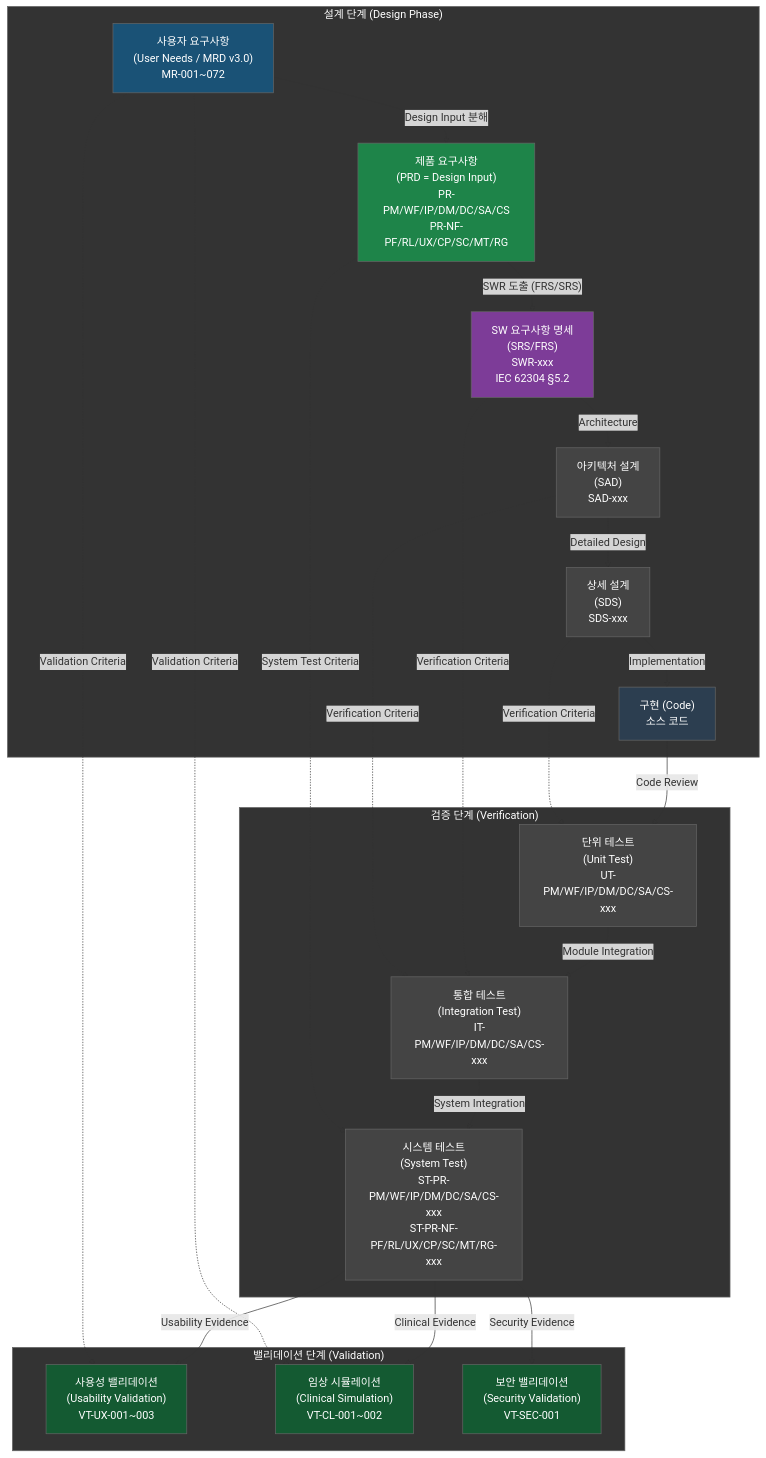
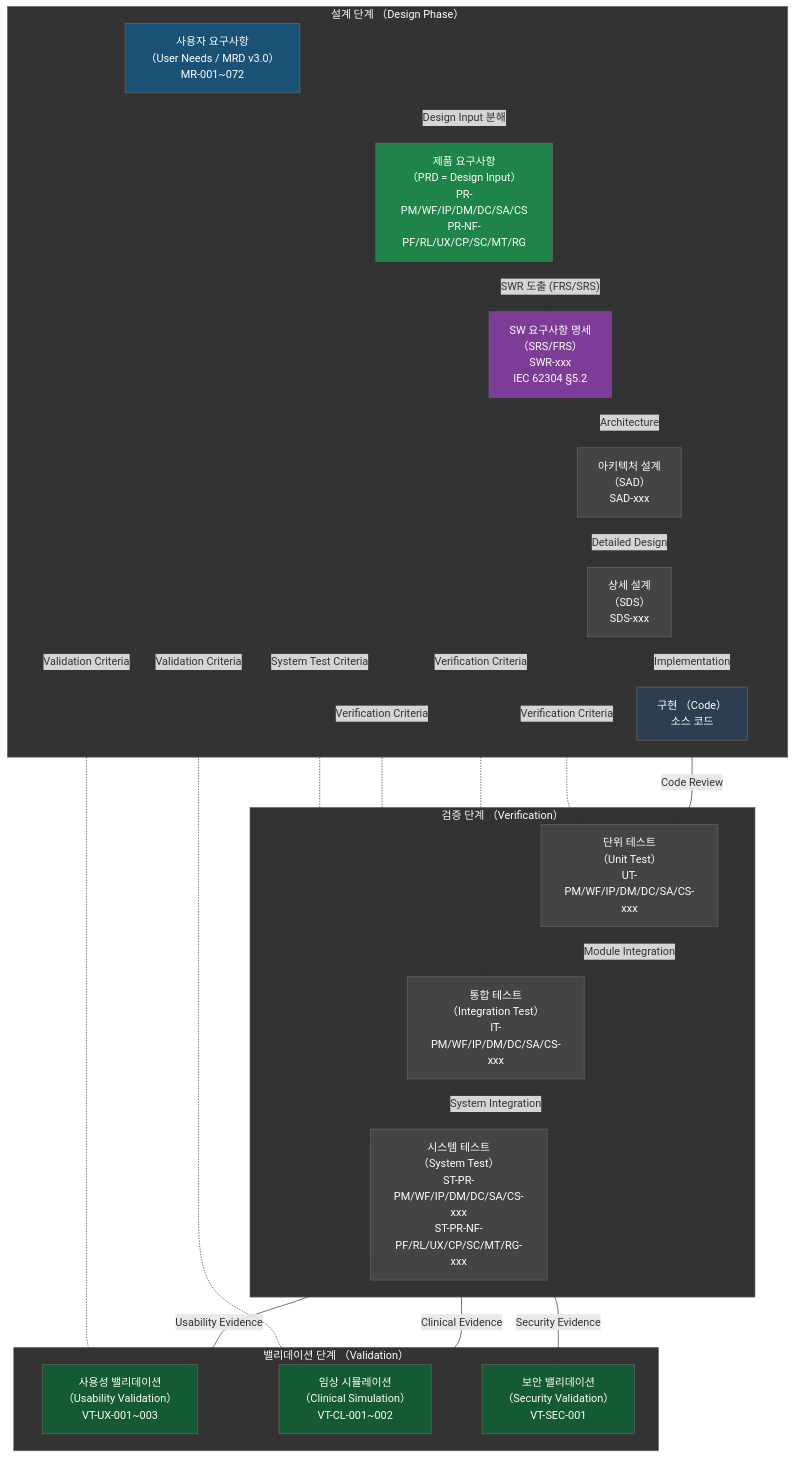
Diagram 13 of 16 in docs/planning/DOC-002_PRD_v2.0.md (holee9/console-gui), drawn with Mermaid before and after one commit. The commit also changed other lines of this file and 22 other files, not shown here.

First line of the commit message:
fix: Mermaid flowchart 노드 내 괄호 파싱 오류 전면 수정

````diff
--- a/docs/planning/DOC-002_PRD_v2.0.md
+++ b/docs/planning/DOC-002_PRD_v2.0.md
@@ -1175,55 +1175,55 @@
 ```mermaid
 flowchart TD
     classDef default fill:#444,stroke:#666,color:#fff
-    subgraph Design["설계 단계 (Design Phase)"]
-        UN["사용자 요구사항\n(User Needs / MRD v3.0)\nMR-001~072"]
-        PRD_["제품 요구사항\n(PRD = Design Input)\nPR-PM/WF/IP/DM/DC/SA/CS\nPR-NF-PF/RL/UX/CP/SC/MT/RG"]
-        SRS_["SW 요구사항 명세\n(SRS/FRS)\nSWR-xxx\nIEC 62304 §5.2"]
-        SAD["아키텍처 설계\n(SAD)\nSAD-xxx"]
-        SDS["상세 설계\n(SDS)\nSDS-xxx"]
-        CODE["구현 (Code)\n소스 코드"]
+    subgraph Design["설계 단계 （Design Phase）"]
+        UN["사용자 요구사항\n（User Needs / MRD v3.0）\nMR-001~072"]
+        PRD_["제품 요구사항\n（PRD = Design Input）\nPR-PM/WF/IP/DM/DC/SA/CS\nPR-NF-PF/RL/UX/CP/SC/MT/RG"]
+        SRS_["SW 요구사항 명세\n（SRS/FRS）\nSWR-xxx\nIEC 62304 §5.2"]
+        SAD["아키텍처 설계\n（SAD）\nSAD-xxx"]
+        SDS["상세 설계\n（SDS）\nSDS-xxx"]
+        CODE["구현 （Code）\n소스 코드"]
     end
 
-    subgraph Verification["검증 단계 (Verification)"]
-        UT["단위 테스트\n(Unit Test)\nUT-PM/WF/IP/DM/DC/SA/CS-xxx"]
-        IT["통합 테스트\n(Integration Test)\nIT-PM/WF/IP/DM/DC/SA/CS-xxx"]
-        ST["시스템 테스트\n(System Test)\nST-PR-PM/WF/IP/DM/DC/SA/CS-xxx\nST-PR-NF-PF/RL/UX/CP/SC/MT/RG-xxx"]
+    subgraph Verification["검증 단계 （Verification）"]
+        UT["단위 테스트\n（Unit Test）\nUT-PM/WF/IP/DM/DC/SA/CS-xxx"]
+        IT["통합 테스트\n（Integration Test）\nIT-PM/WF/IP/DM/DC/SA/CS-xxx"]
+        ST["시스템 테스트\n（System Test）\nST-PR-PM/WF/IP/DM/DC/SA/CS-xxx\nST-PR-NF-PF/RL/UX/CP/SC/MT/RG-xxx"]
     end
 
-    subgraph Validation["밸리데이션 단계 (Validation)"]
-        VT_UX["사용성 밸리데이션\n(Usability Validation)\nVT-UX-001~003"]
-        VT_CL["임상 시뮬레이션\n(Clinical Simulation)\nVT-CL-001~002"]
-        VT_SEC["보안 밸리데이션\n(Security Validation)\nVT-SEC-001"]
+    subgraph Validation["밸리데이션 단계 （Validation）"]
+        VT_UX["사용성 밸리데이션\n（Usability Validation）\nVT-UX-001~003"]
+        VT_CL["임상 시뮬레이션\n（Clinical Simulation）\nVT-CL-001~002"]
+        VT_SEC["보안 밸리데이션\n（Security Validation）\nVT-SEC-001"]
     end
 
     UN -->|"Design Input 분해"| PRD_
     PRD_ -->|"SWR 도출 (FRS/SRS)"| SRS_
     SRS_ -->|"Architecture"| SAD
     SAD -->|"Detailed Design"| SDS
     SDS -->|"Implementation"| CODE
 
     CODE -->|Code Review| UT
     UT -->|Module Integration| IT
     IT -->|System Integration| ST
     ST -->|Clinical Evidence| VT_CL
     ST -->|Usability Evidence| VT_UX
     ST -->|Security Evidence| VT_SEC
 
     UN -.->|Validation Criteria| VT_UX
     UN -.->|Validation Criteria| VT_CL
     PRD_ -.->|System Test Criteria| ST
     SRS_ -.->|Verification Criteria| IT
     SAD -.->|Verification Criteria| IT
     SDS -.->|Verification Criteria| UT
 
     style UN fill:#1a5276,color:#fff
     style PRD_ fill:#1e8449,color:#fff
     style SRS_ fill:#7d3c98,color:#fff
     style CODE fill:#2c3e50,color:#fff
     style VT_CL fill:#145a32,color:#fff
     style VT_UX fill:#145a32,color:#fff
     style VT_SEC fill:#145a32,color:#fff
     style Design fill:#333,stroke:#666,color:#fff
     style Verification fill:#333,stroke:#666,color:#fff
     style Validation fill:#333,stroke:#666,color:#fff
 ```
````
